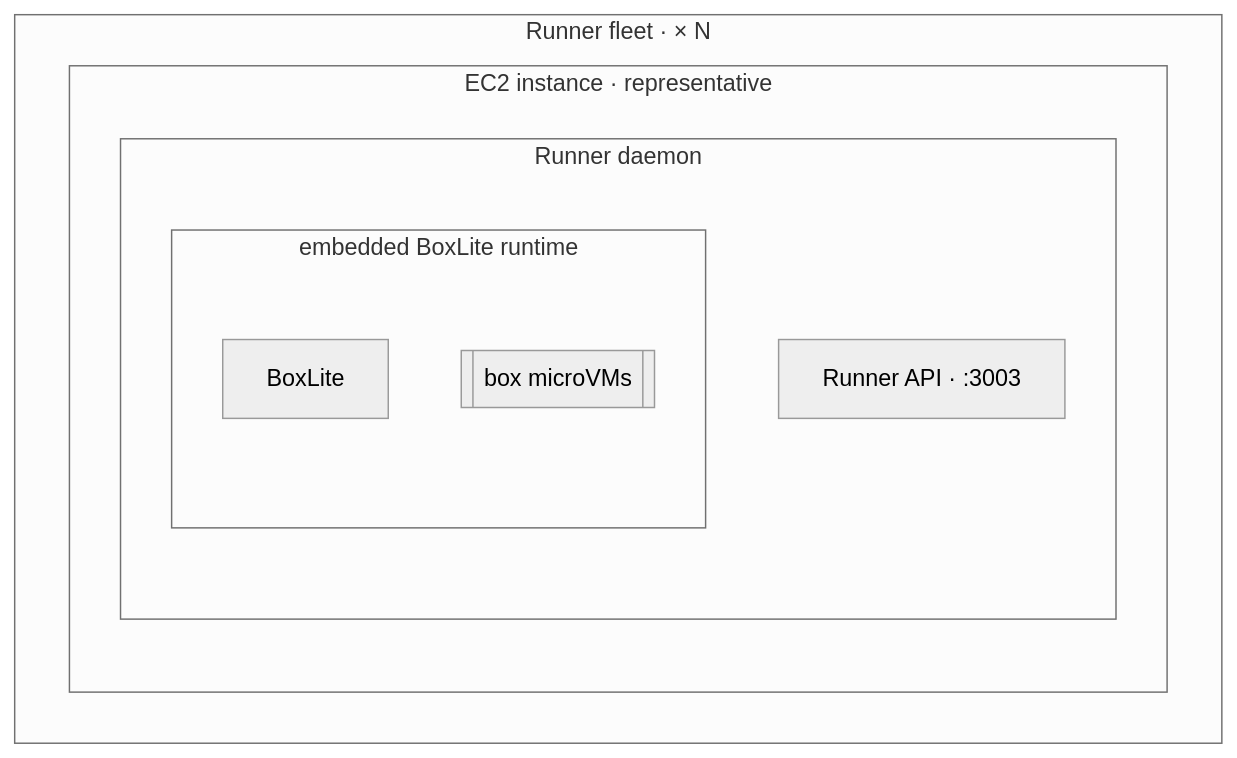
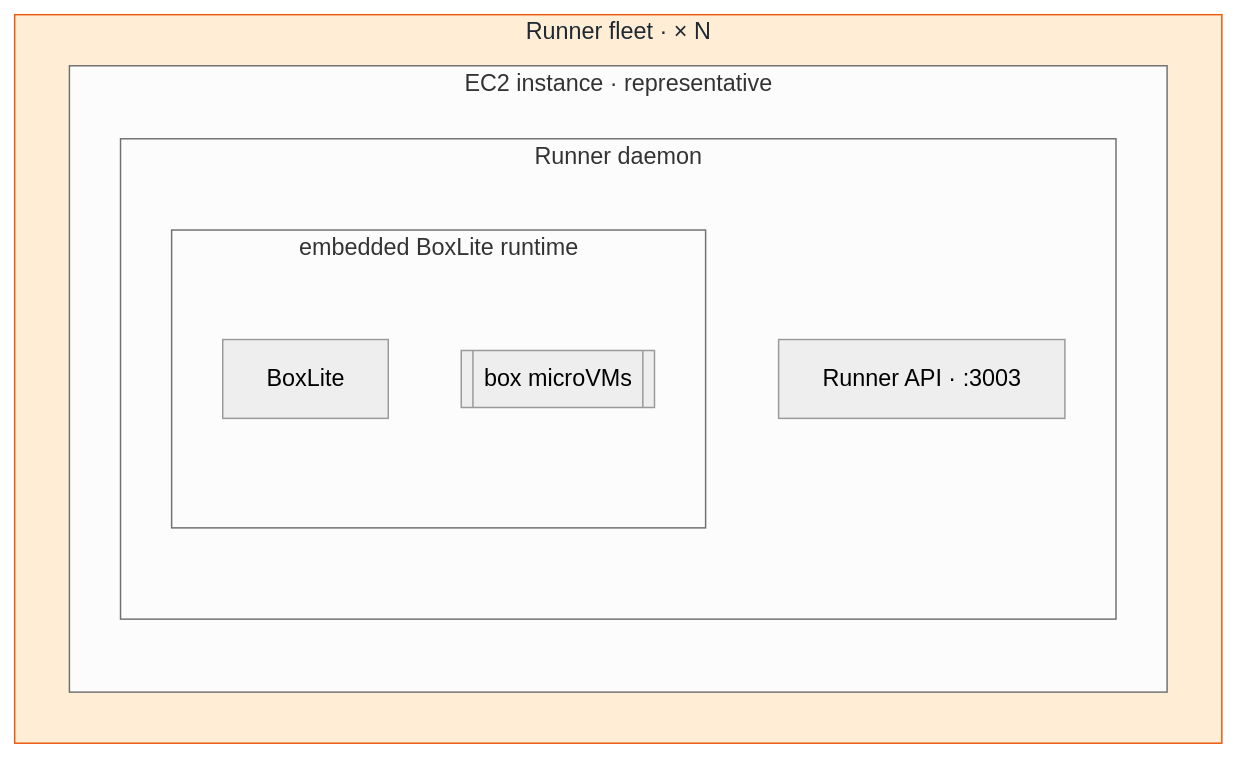
The first of 2 diagrams in plugins/boxlite-agent-tooling/.agents/skills/boxlite-diagrams/references/architecture-composition.md (ltstriker/agent-tooling), drawn with Mermaid (neutral theme) before and after one commit. The commit also changed other lines of this file and 9 other files, not shown here.

First line of the commit message:
feat: group diagram components into colored scope zones

````diff
--- a/plugins/boxlite-agent-tooling/.agents/skills/boxlite-diagrams/references/architecture-composition.md
+++ b/plugins/boxlite-agent-tooling/.agents/skills/boxlite-diagrams/references/architecture-composition.md
@@ -85,14 +90,16 @@
 ```mermaid
 flowchart TB
+classDef scope_execution fill:#ffedd5,stroke:#ea580c,color:#1f2933
 subgraph runner_fleet["Runner fleet · × N"]
   subgraph ec2_runner["EC2 instance · representative"]
     subgraph runner_process["Runner daemon"]
       runner_api["Runner API · :3003"]
       subgraph embedded_boxlite["embedded BoxLite runtime"]
         boxlite_core["BoxLite"]
         boxes[["box microVMs"]]
       end
     end
   end
 end
+class runner_fleet scope_execution
 ```
````
